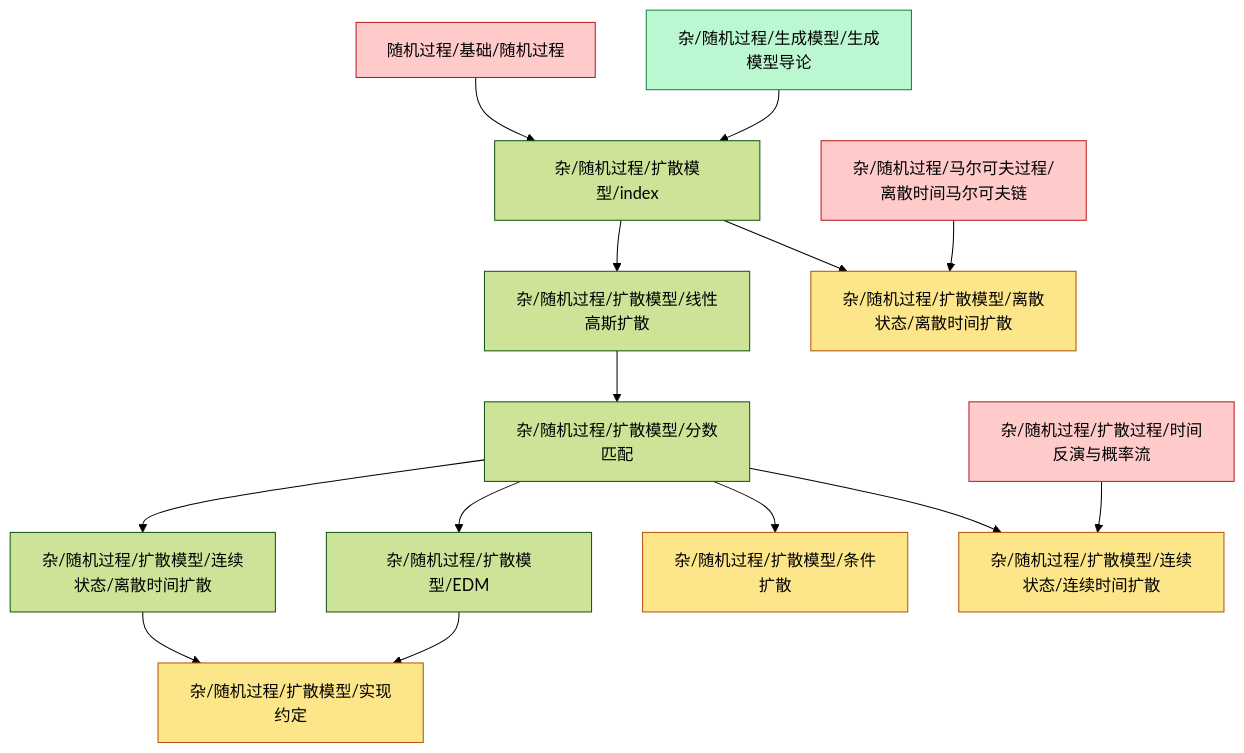
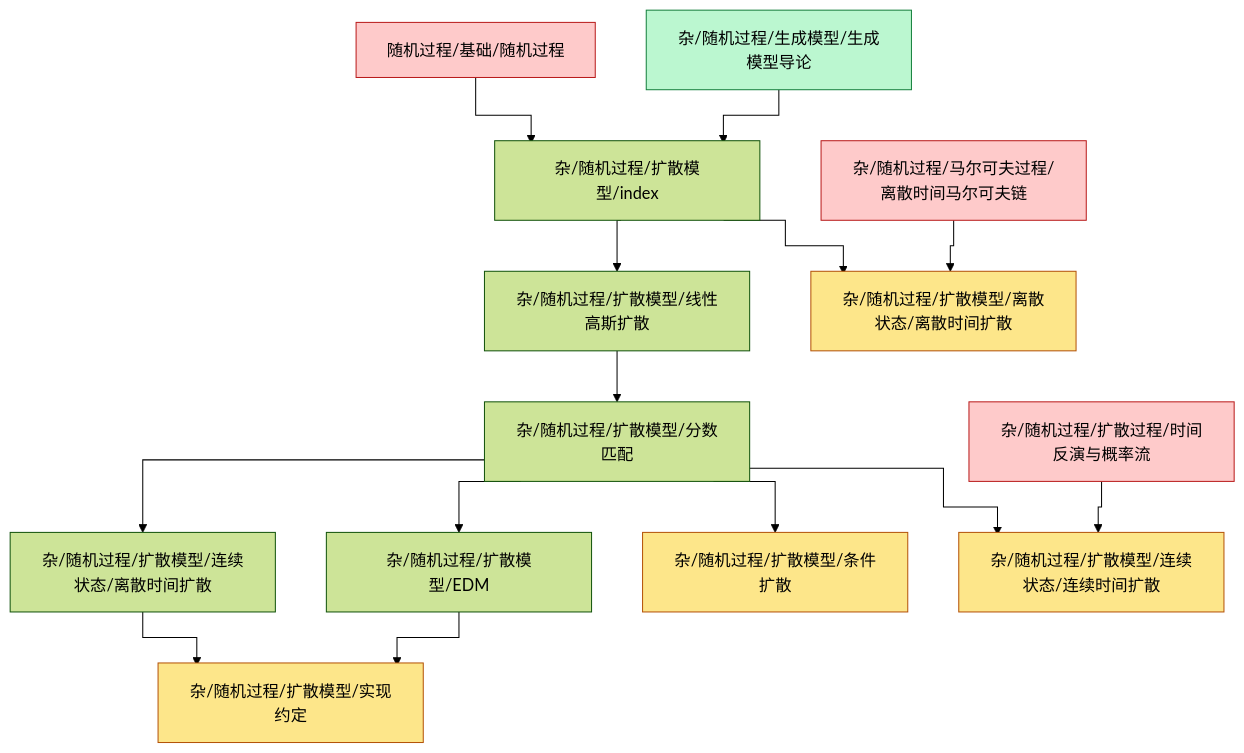
The diagram in content/杂/随机过程/扩散模型/dependency_graph.md (zeroDtree/zeroDtree.github.io), drawn with Mermaid (forest theme) before and after one commit. The commit also changed 41 other files, not shown here.

Commit message:
Add flowchart initialization for Mermaid diagrams across multiple dependency graphs. Updated configuration to use the new source for the Obsidian-flavored markdown plugin. Enhanced DAGMermiad class to ensure consistent graph rendering.

````diff
--- a/content/杂/随机过程/扩散模型/dependency_graph.md
+++ b/content/杂/随机过程/扩散模型/dependency_graph.md
@@ -1,35 +1,36 @@
 ```mermaid
+%%{init: {'flowchart': {'curve': 'stepAfter'}}}%%
 graph TD
 1["杂/随机过程/扩散模型/连续状态/离散时间扩散"] --> 0["杂/随机过程/扩散模型/实现约定"]
 2["杂/随机过程/扩散模型/EDM"] --> 0["杂/随机过程/扩散模型/实现约定"]
 4["杂/随机过程/扩散模型/index"] --> 3["杂/随机过程/扩散模型/线性高斯扩散"]
 6["杂/随机过程/扩散模型/分数匹配"] --> 5["杂/随机过程/扩散模型/条件扩散"]
 3["杂/随机过程/扩散模型/线性高斯扩散"] --> 6["杂/随机过程/扩散模型/分数匹配"]
 7["随机过程/基础/随机过程"] --> 4["杂/随机过程/扩散模型/index"]
 8["杂/随机过程/生成模型/生成模型导论"] --> 4["杂/随机过程/扩散模型/index"]
 6["杂/随机过程/扩散模型/分数匹配"] --> 2["杂/随机过程/扩散模型/EDM"]
 6["杂/随机过程/扩散模型/分数匹配"] --> 9["杂/随机过程/扩散模型/连续状态/连续时间扩散"]
 10["杂/随机过程/扩散过程/时间反演与概率流"] --> 9["杂/随机过程/扩散模型/连续状态/连续时间扩散"]
 6["杂/随机过程/扩散模型/分数匹配"] --> 1["杂/随机过程/扩散模型/连续状态/离散时间扩散"]
 4["杂/随机过程/扩散模型/index"] --> 11["杂/随机过程/扩散模型/离散状态/离散时间扩散"]
 12["杂/随机过程/马尔可夫过程/离散时间马尔可夫链"] --> 11["杂/随机过程/扩散模型/离散状态/离散时间扩散"]
 classDef leaf fill:#fde68a,stroke:#b45309
 class 0,5,9,11 leaf
 classDef externalRoot fill:#fecaca,stroke:#b91c1c
 class 7,10,12 externalRoot
 classDef foundationRoot fill:#bbf7d0,stroke:#15803d
 class 8 foundationRoot
 click 0 "/杂/随机过程/扩散模型/实现约定" "杂/随机过程/扩散模型/实现约定"
 click 1 "/杂/随机过程/扩散模型/连续状态/离散时间扩散" "杂/随机过程/扩散模型/连续状态/离散时间扩散"
 click 2 "/杂/随机过程/扩散模型/edm" "杂/随机过程/扩散模型/EDM"
 click 3 "/杂/随机过程/扩散模型/线性高斯扩散" "杂/随机过程/扩散模型/线性高斯扩散"
 click 4 "/杂/随机过程/扩散模型/index" "杂/随机过程/扩散模型/index"
 click 5 "/杂/随机过程/扩散模型/条件扩散" "杂/随机过程/扩散模型/条件扩散"
 click 6 "/杂/随机过程/扩散模型/分数匹配" "杂/随机过程/扩散模型/分数匹配"
 click 7 "/随机过程/基础/随机过程" "随机过程/基础/随机过程"
 click 8 "/杂/随机过程/生成模型/生成模型导论" "杂/随机过程/生成模型/生成模型导论"
 click 9 "/杂/随机过程/扩散模型/连续状态/连续时间扩散" "杂/随机过程/扩散模型/连续状态/连续时间扩散"
 click 10 "/杂/随机过程/扩散过程/时间反演与概率流" "杂/随机过程/扩散过程/时间反演与概率流"
 click 11 "/杂/随机过程/扩散模型/离散状态/离散时间扩散" "杂/随机过程/扩散模型/离散状态/离散时间扩散"
 click 12 "/杂/随机过程/马尔可夫过程/离散时间马尔可夫链" "杂/随机过程/马尔可夫过程/离散时间马尔可夫链"
 ```
````
